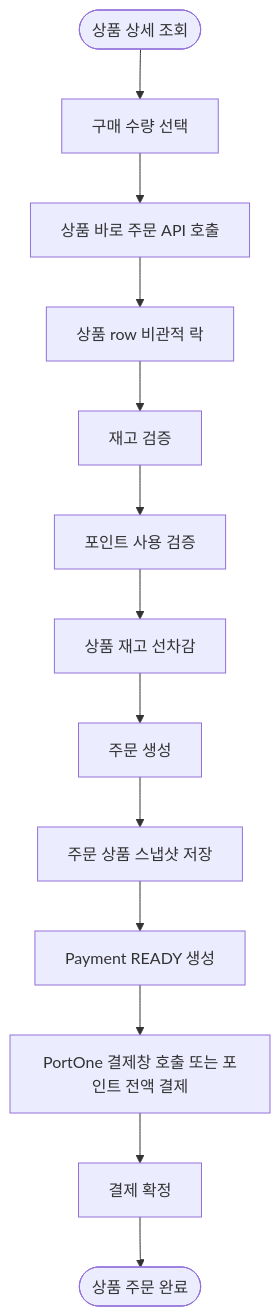
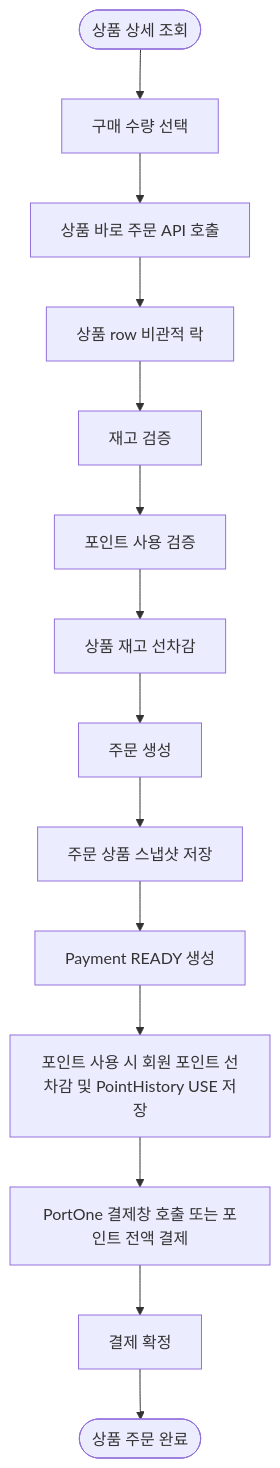
One commit to hyeonseung-dev/payment-system changed diagram 13 of 14 in docs/MERMAID_FLOW.md. Above: the diagram before and after it, drawn with Mermaid. The commit also changed other lines of this file and 2 other files, not shown here.

````diff
--- a/docs/MERMAID_FLOW.md
+++ b/docs/MERMAID_FLOW.md
@@ -367,15 +367,16 @@
 ```mermaid
 flowchart TD
     A([상품 상세 조회]) --> B[구매 수량 선택]
     B --> C[상품 바로 주문 API 호출]
     C --> D[상품 row 비관적 락]
     D --> E[재고 검증]
     E --> F[포인트 사용 검증]
     F --> G[상품 재고 선차감]
     G --> H[주문 생성]
     H --> I[주문 상품 스냅샷 저장]
     I --> J[Payment READY 생성]
-    J --> K[PortOne 결제창 호출 또는 포인트 전액 결제]
-    K --> L[결제 확정]
-    L --> M([상품 주문 완료])
+    J --> K[포인트 사용 시 회원 포인트 선차감 및 PointHistory USE 저장]
+    K --> L[PortOne 결제창 호출 또는 포인트 전액 결제]
+    L --> M[결제 확정]
+    M --> N([상품 주문 완료])
 ```
````
